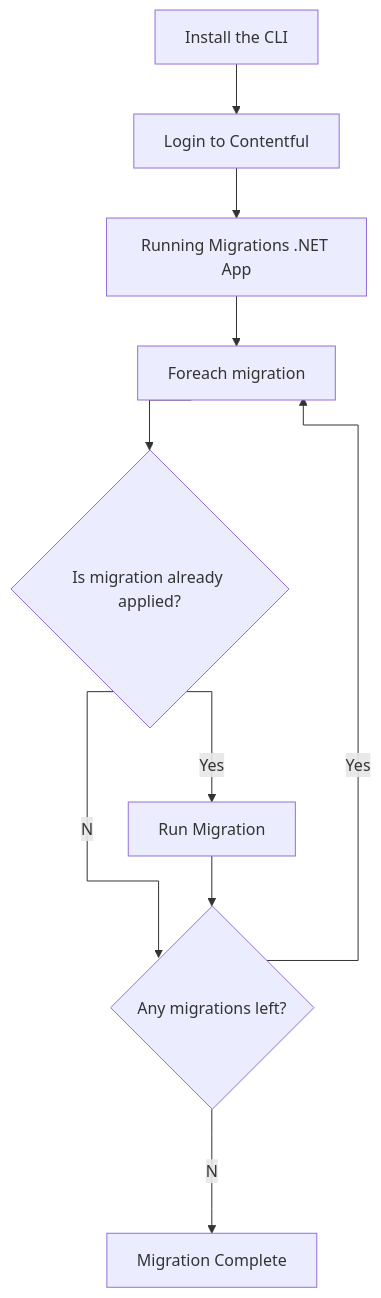
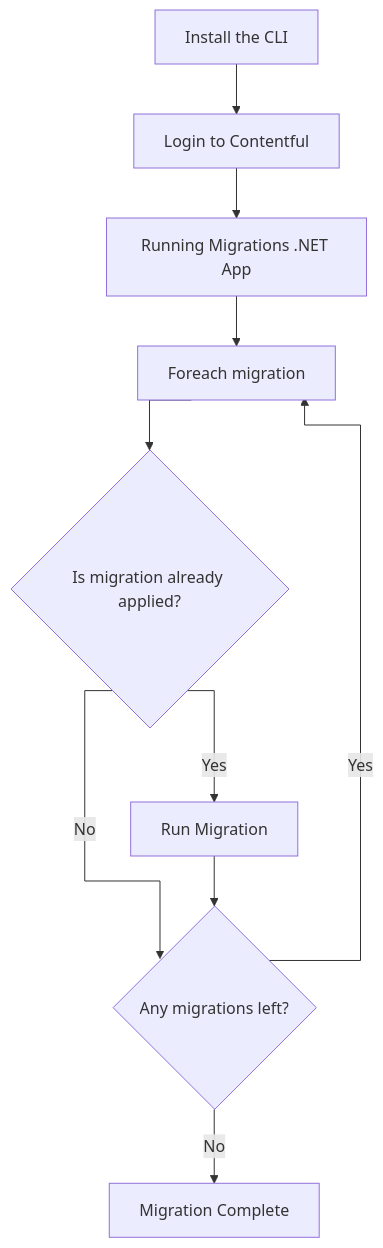
Before and after one commit to DFE-Digital/care-leavers: the third of 3 diagrams in docs/architecture/Deployment-Architecture.md, drawn with Mermaid. The commit also changed other lines of this file and 1 other file, not shown here.

Commit message:
Updated deployment architecture and project setup docs

````diff
--- a/docs/architecture/Deployment-Architecture.md
+++ b/docs/architecture/Deployment-Architecture.md
@@ -53,15 +61,15 @@
 ```mermaid
 %%{ init: { 'flowchart': { 'curve': 'stepAfter' } } }%%
 flowchart TD
     accDescr: "Contentful Migration Process"
     
     A["Install the CLI"]-->B["Login to Contentful"]
     B-->C["Running Migrations .NET App"]
     C-->D["Foreach migration"]
     D-->E{Is migration already applied?}
-    E--No-->G{Any migrations left?}
+    E--"No"-->G{Any migrations left?}
     E--Yes-->F["Run Migration"]
     F-->G
     G--Yes-->D
-    G--No-->H["Migration Complete"]
+    G--"No"-->H["Migration Complete"]
 ```
````
